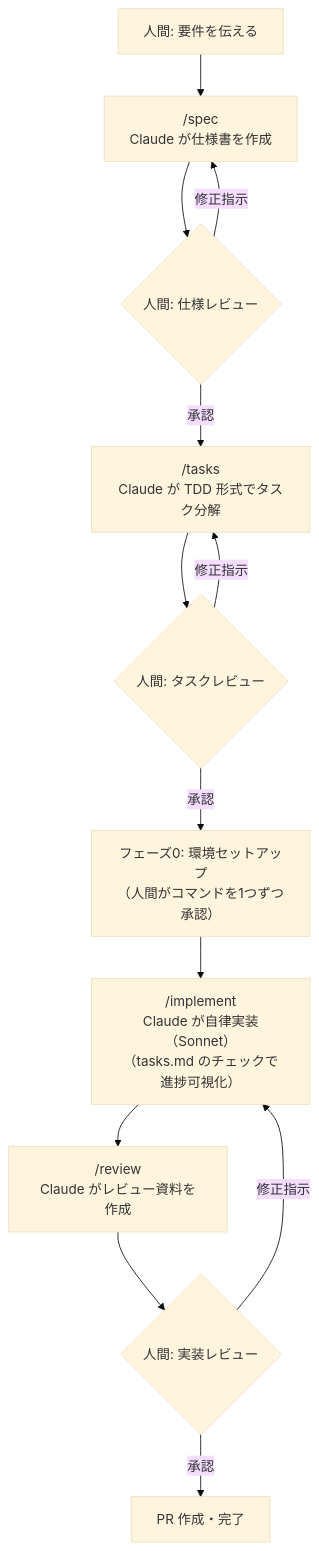
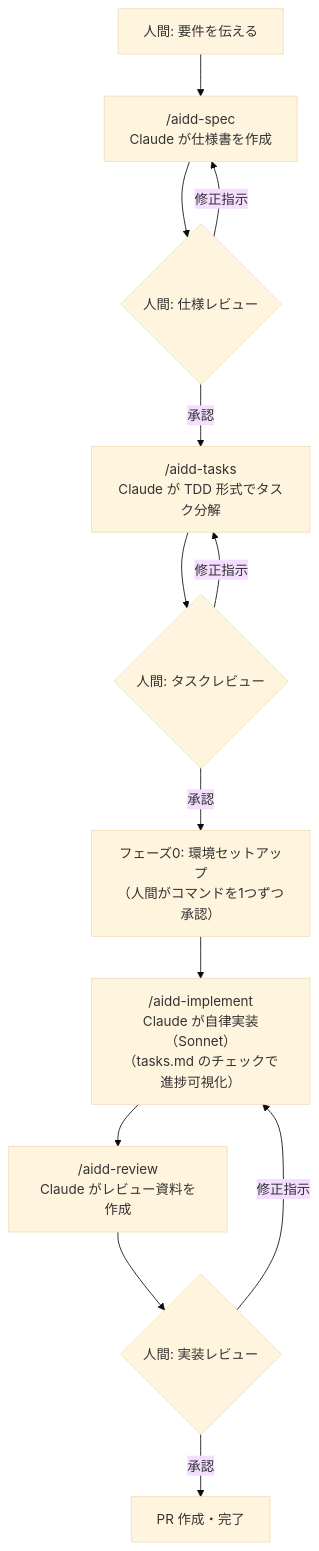
Before and after one commit to gisuperu/aidd-template: the diagram in README.md, drawn with Mermaid (base theme). The commit also changed other lines of this file and 34 other files, not shown here.

````diff
--- a/README.md
+++ b/README.md
@@ -37,15 +38,15 @@
 ```mermaid
 flowchart TD
-    A[人間: 要件を伝える] --> B["/spec<br>Claude が仕様書を作成"]
+    A[人間: 要件を伝える] --> B["/aidd-spec<br>Claude が仕様書を作成"]
     B --> C{人間: 仕様レビュー}
     C -- 修正指示 --> B
-    C -- 承認 --> D["/tasks<br>Claude が TDD 形式でタスク分解"]
+    C -- 承認 --> D["/aidd-tasks<br>Claude が TDD 形式でタスク分解"]
     D --> E{人間: タスクレビュー}
     E -- 修正指示 --> D
     E -- 承認 --> F0["フェーズ0: 環境セットアップ<br>（人間がコマンドを1つずつ承認）"]
-    F0 --> F["/implement<br>Claude が自律実装（Sonnet）<br>（tasks.md のチェックで進捗可視化）"]
-    F --> G["/review<br>Claude がレビュー資料を作成"]
+    F0 --> F["/aidd-implement<br>Claude が自律実装（Sonnet）<br>（tasks.md のチェックで進捗可視化）"]
+    F --> G["/aidd-review<br>Claude がレビュー資料を作成"]
     G --> H{人間: 実装レビュー}
     H -- 修正指示 --> F
     H -- 承認 --> I[PR 作成・完了]
 ```
````
